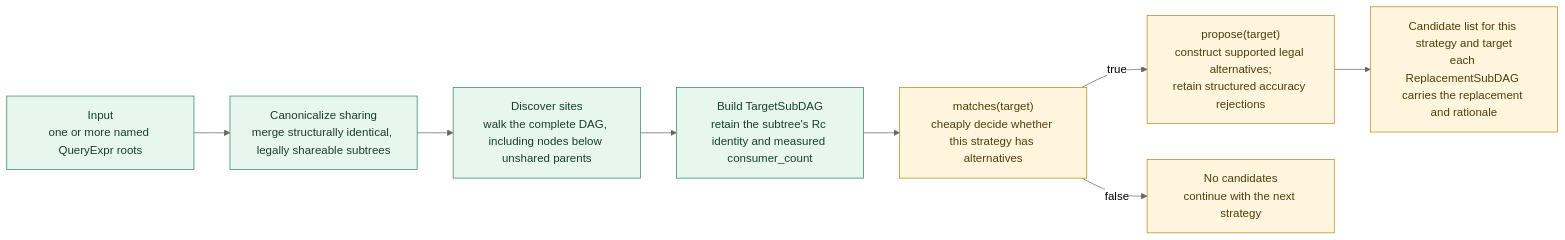
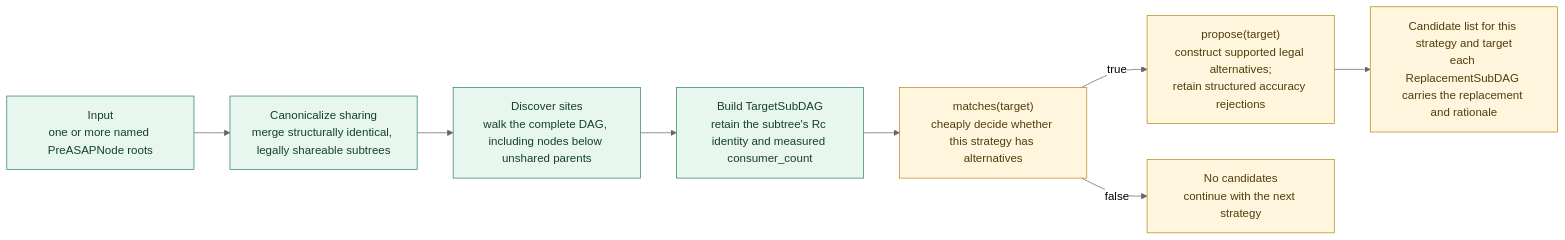
Before and after one commit to ProjectASAP/ASAPPlanner: the second of 2 diagrams in docs/develop_docs/asap-aware-mapping-architecture.md, drawn with Mermaid (neutral theme). The commit also changed other lines of this file and 161 other files, not shown here.

First line of the commit message:
refactor!: align DAG node and graph API names

````diff
--- a/docs/develop_docs/asap-aware-mapping-architecture.md
+++ b/docs/develop_docs/asap-aware-mapping-architecture.md
@@ -155,15 +155,15 @@
 ```mermaid
 flowchart LR
   classDef workload fill:#e7f7ef,stroke:#31835e,color:#173f2d
   classDef common fill:#fff6dd,stroke:#b78922,color:#513d0c
 
-  ROOTS["Input<br/>one or more named QueryExpr roots"]:::workload
+  ROOTS["Input<br/>one or more named PreASAPNode roots"]:::workload
   ROOTS --> CSE["Canonicalize sharing<br/>merge structurally identical, legally shareable subtrees"]:::workload
   CSE --> WALK["Discover sites<br/>walk the complete DAG, including nodes below unshared parents"]:::workload
   WALK --> T["Build TargetSubDAG<br/>retain the subtree's Rc identity and measured consumer_count"]:::workload
   T --> MATCH
   MATCH["matches(target)<br/>cheaply decide whether this strategy has alternatives"]:::common
   MATCH -->|"true"| REPLACE["propose(target)<br/>construct supported legal alternatives;<br/>retain structured accuracy rejections"]:::common
   MATCH -->|"false"| NONE["No candidates<br/>continue with the next strategy"]:::common
   REPLACE --> OUT["Candidate list for this strategy and target<br/>each ReplacementSubDAG carries the replacement and rationale"]:::common
 ```
````
